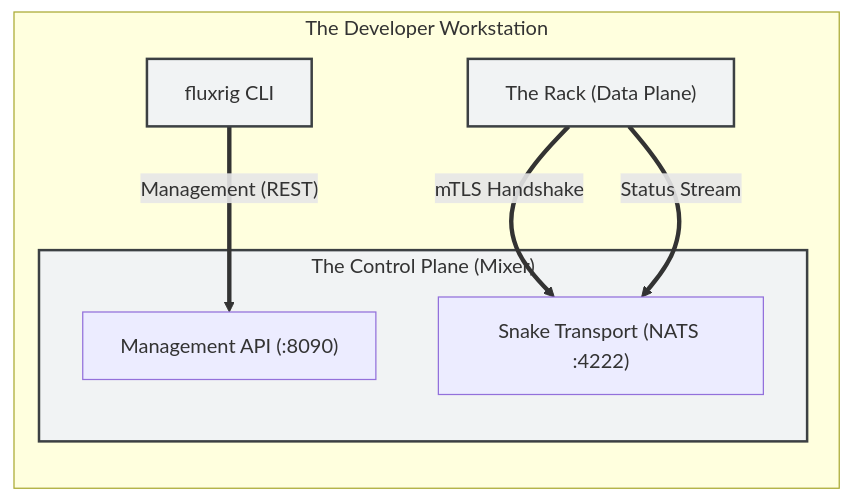
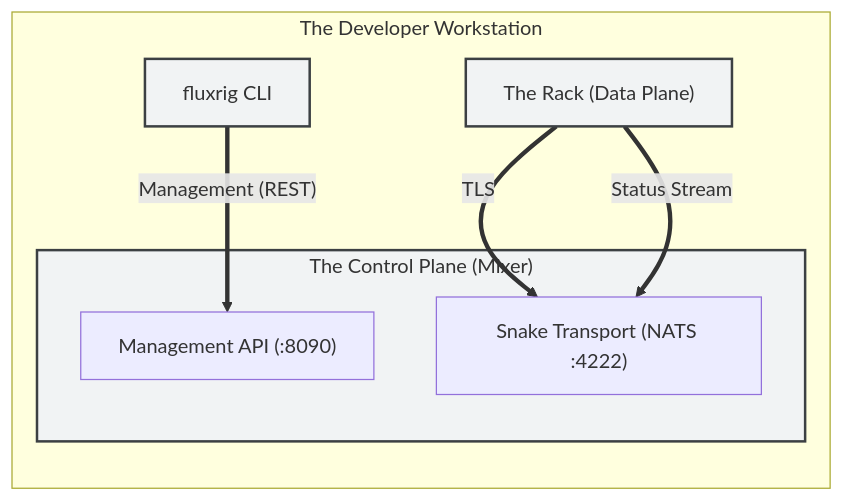
One commit to fluxrig/docs changed the diagram in docs/development/environment.md. Above: the diagram before and after it, drawn with Mermaid. The commit also changed 30 other files, not shown here.

````diff
--- a/docs/development/environment.md
+++ b/docs/development/environment.md
@@ -59,20 +59,20 @@
 ```mermaid
 graph LR
     subgraph Workstation ["The Developer Workstation"]
         subgraph Control_Plane ["The Control Plane (Mixer)"]
             API["Management API (:8090)"]
             Snake["Snake Transport (NATS :4222)"]
         end
         Rack["The Rack (Data Plane)"]
         CLI["fluxrig CLI"]
         
-        Rack == "mTLS Handshake" ==> Snake
+        Rack == "TLS" ==> Snake
         Rack == "Status Stream" ==> Snake
         CLI == "Management (REST)" ==> API
     end
 
     %% Institutional Palette
     style Control_Plane fill:#f1f3f4,stroke:#3c4043,stroke-width:2px;
     style Rack fill:#f1f3f4,stroke:#3c4043,stroke-width:2px;
     style CLI fill:#f1f3f4,stroke:#3c4043,stroke-width:2px;
 ```
````
